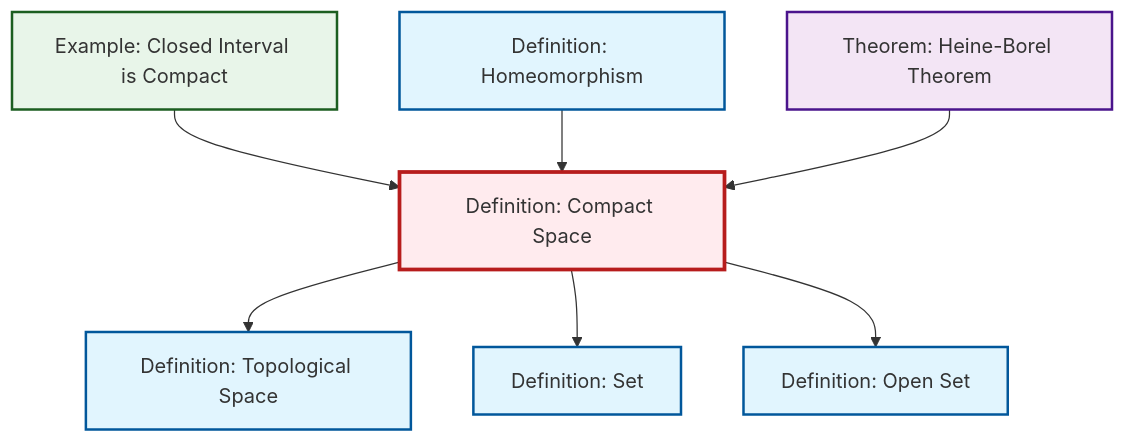
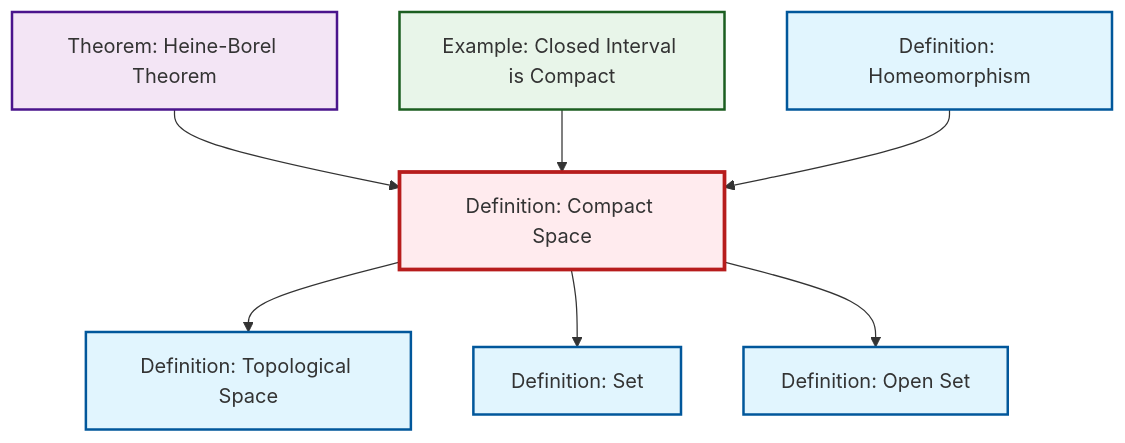
The diagram in content/ja/topology/def-compact.qmd (RK0429/ModernMath), drawn with Mermaid before and after one commit. The commit also changed other lines of this file and 634 other files, not shown here.

````diff
--- a/content/ja/topology/def-compact.qmd
+++ b/content/ja/topology/def-compact.qmd
@@ -49,29 +49,29 @@
 ```{mermaid}
 %%| fig-cap: "Local dependency graph"
 graph TD
     classDef definition fill:#e1f5fe,stroke:#01579b,stroke-width:2px
     classDef theorem fill:#f3e5f5,stroke:#4a148c,stroke-width:2px
     classDef axiom fill:#fff3e0,stroke:#e65100,stroke-width:2px
     classDef example fill:#e8f5e9,stroke:#1b5e20,stroke-width:2px
     classDef current fill:#ffebee,stroke:#b71c1c,stroke-width:3px
+    def-homeomorphism["Definition: Homeomorphism"]:::definition
+    def-compact["Definition: Compact Space"]:::definition
     ex-closed-interval-compact["Example: Closed Interval is Compact"]:::example
-    def-compact["Definition: Compact Space"]:::definition
+    thm-heine-borel["Theorem: Heine-Borel Theorem"]:::theorem
+    def-topological-space["Definition: Topological Space"]:::definition
+    def-set["Definition: Set"]:::definition
     def-open-set["Definition: Open Set"]:::definition
-    def-set["Definition: Set"]:::definition
-    def-topological-space["Definition: Topological Space"]:::definition
-    def-homeomorphism["Definition: Homeomorphism"]:::definition
-    thm-heine-borel["Theorem: Heine-Borel Theorem"]:::theorem
     def-compact --> def-topological-space
     def-compact --> def-set
+    thm-heine-borel --> def-compact
+    ex-closed-interval-compact --> def-compact
     def-compact --> def-open-set
-    ex-closed-interval-compact --> def-compact
     def-homeomorphism --> def-compact
-    thm-heine-borel --> def-compact
     class def-compact current
+    click def-homeomorphism "def-homeomorphism.html" "Definition: Homeomorphismへ"
     click ex-closed-interval-compact "ex-closed-interval-compact.html" "Example: Closed Interval is Compactへ"
+    click thm-heine-borel "thm-heine-borel.html" "Theorem: Heine-Borel Theoremへ"
+    click def-topological-space "def-topological-space.html" "Definition: Topological Spaceへ"
+    click def-set "def-set.html" "Definition: Setへ"
     click def-open-set "def-open-set.html" "Definition: Open Setへ"
-    click def-set "def-set.html" "Definition: Setへ"
-    click def-topological-space "def-topological-space.html" "Definition: Topological Spaceへ"
-    click def-homeomorphism "def-homeomorphism.html" "Definition: Homeomorphismへ"
-    click thm-heine-borel "thm-heine-borel.html" "Theorem: Heine-Borel Theoremへ"
 ```
````
